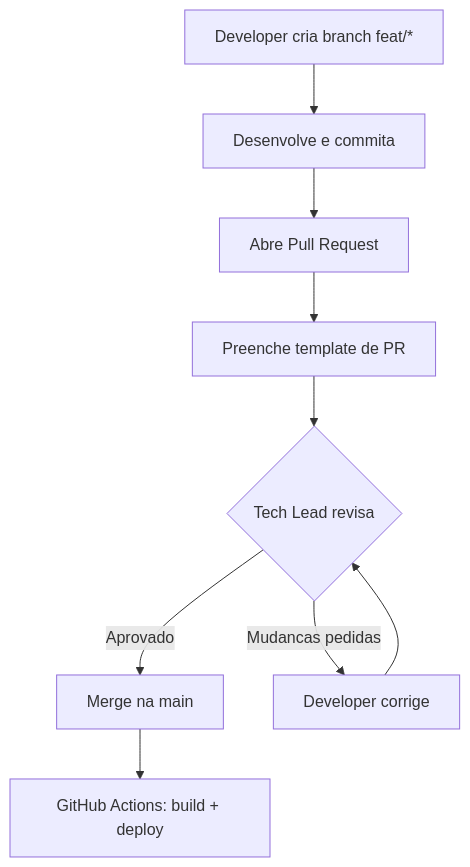
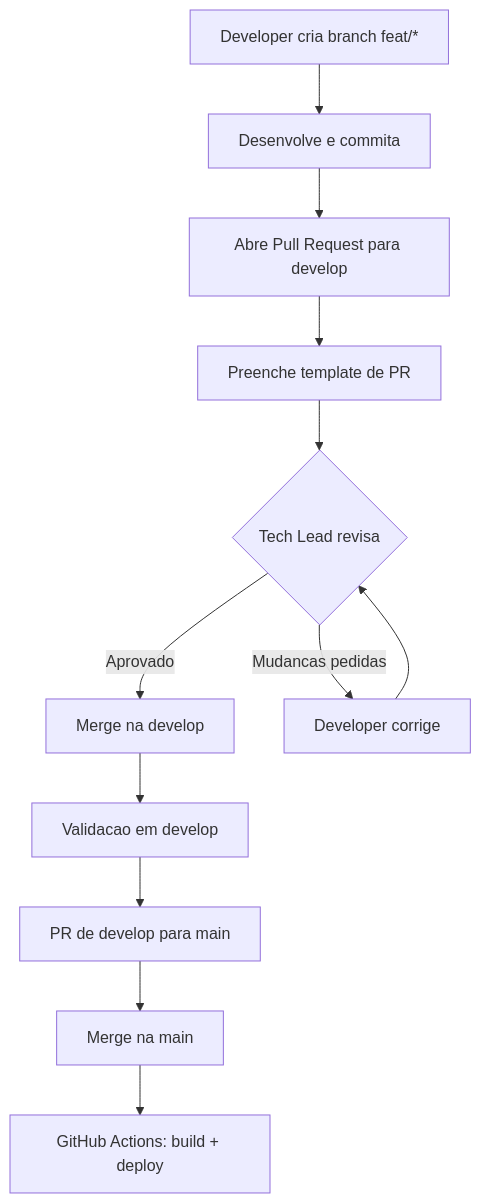
One commit to pedrohpsantos/EdTech changed the third of 3 diagrams in docs/planejamento/rotacoes.md. Above: the diagram before and after it, drawn with Mermaid. The commit also changed other lines of this file and 8 other files, not shown here.

Commit message:
refactor: update development flow to include intermediate develop branch before main

````diff
--- a/docs/planejamento/rotacoes.md
+++ b/docs/planejamento/rotacoes.md
@@ -141,12 +142,15 @@
 ```mermaid
 flowchart TD
     A["Developer cria branch feat/*"] --> B["Desenvolve e commita"]
-    B --> C["Abre Pull Request"]
+    B --> C["Abre Pull Request para develop"]
     C --> D["Preenche template de PR"]
     D --> E{"Tech Lead revisa"}
-    E -->|Aprovado| F["Merge na main"]
+    E -->|Aprovado| F["Merge na develop"]
     E -->|Mudancas pedidas| G["Developer corrige"]
     G --> E
-    F --> H["GitHub Actions: build + deploy"]
+    F --> H["Validacao em develop"]
+    H --> I["PR de develop para main"]
+    I --> J["Merge na main"]
+    J --> K["GitHub Actions: build + deploy"]
 
 ```
````
